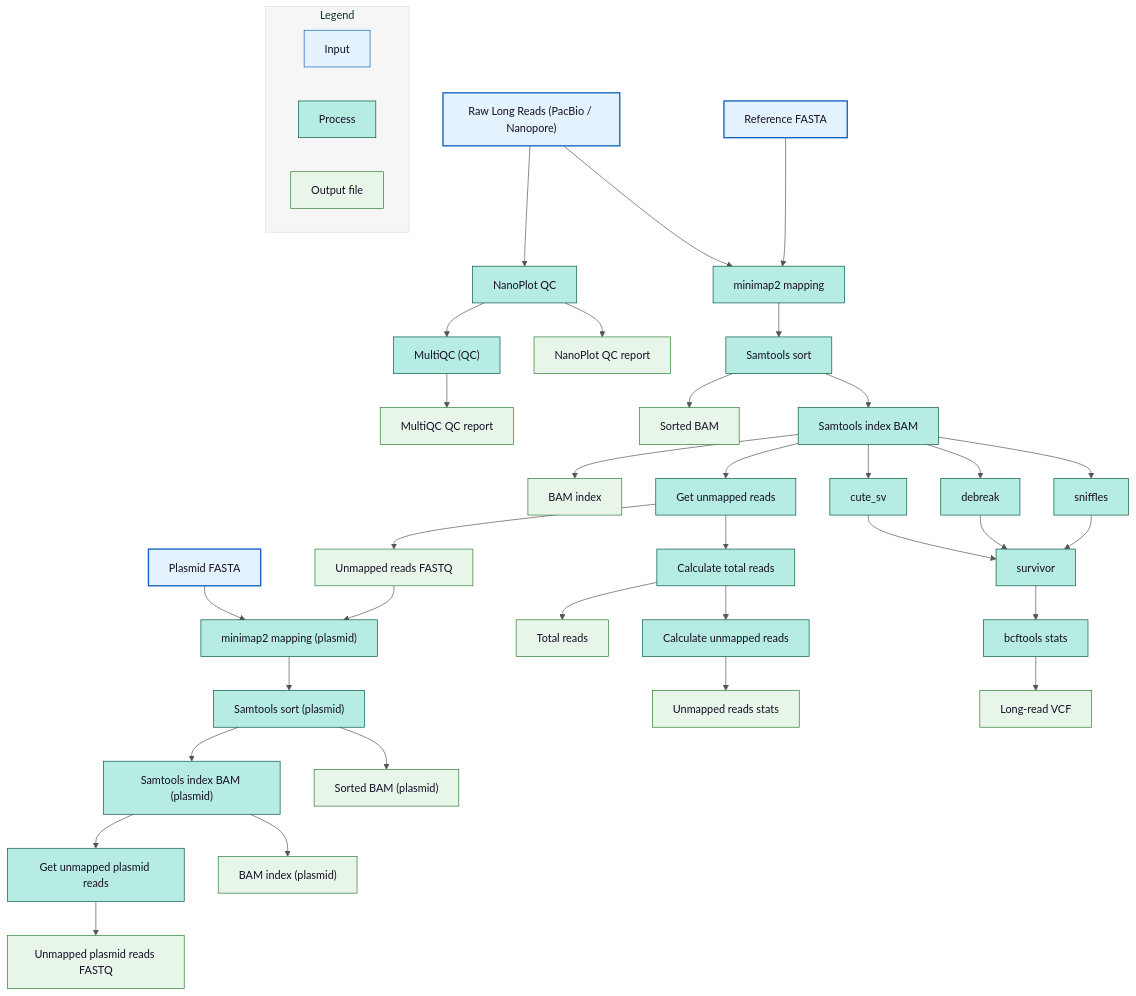
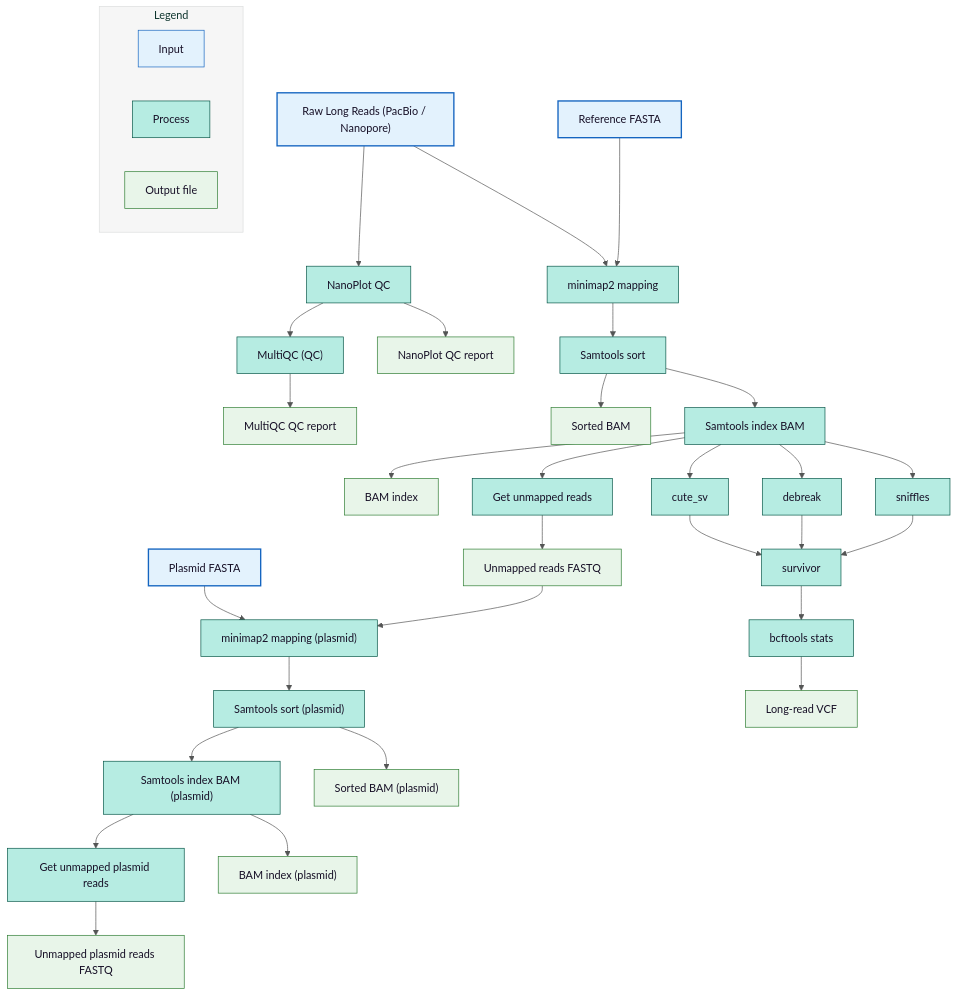
One commit to denisHanch/efsa_pipeline changed the third of 7 diagrams in README.md. Above: the diagram before and after it, drawn with Mermaid. The commit also changed other lines of this file and 2 other files, not shown here.

```diff
--- a/README.md
+++ b/README.md
@@ -687,18 +696,12 @@
 BAM_IDX_OUT["BAM index"]:::output
 GET_UNMAPPED["Get unmapped reads"]
 UNMAPPED_OUT["Unmapped reads FASTQ"]:::output
-CALC_TOTAL["Calculate total reads"]
-TOTAL_READS["Total reads"]:::output
-CALC_UNMAPPED["Calculate unmapped reads"]
-UNMAPPED_STATS["Unmapped reads stats"]:::output
 
 REF --> MINIMAP2
 LONG_READS --> MINIMAP2
 MINIMAP2 --> SORT_BAM --> SORTED_BAM
 SORT_BAM --> BAM_IDX --> BAM_IDX_OUT
 BAM_IDX --> GET_UNMAPPED --> UNMAPPED_OUT
-GET_UNMAPPED --> CALC_TOTAL --> TOTAL_READS
-CALC_TOTAL --> CALC_UNMAPPED --> UNMAPPED_STATS
 
 %% ===== PLASMID PIPELINE =====
 MINIMAP2_PLASMID["minimap2 mapping (plasmid)"]
```
